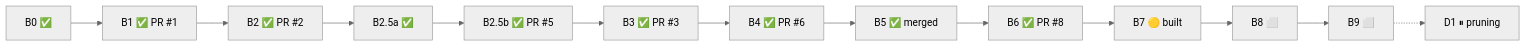
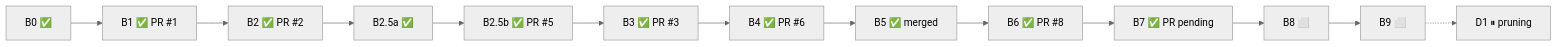
One commit to bhanot-99/NeuroPACA changed the diagram in memory.md. Above: the diagram before and after it, drawn with Mermaid (neutral theme). The commit also changed other lines of this file and 7 other files, not shown here.

````diff
--- a/memory.md
+++ b/memory.md
@@ -15,5 +15,5 @@
 ```mermaid
 flowchart LR
-    B0["B0 ✅"] --> B1["B1 ✅ PR #1"] --> B2["B2 ✅ PR #2"] --> B25a["B2.5a ✅"] --> B25b["B2.5b ✅ PR #5"] --> B3["B3 ✅ PR #3"] --> B4["B4 ✅ PR #6"] --> B5["B5 ✅ merged"] --> B6["B6 ✅ PR #8"] --> B7["B7 🟡 built"] --> B8["B8 ⬜"] --> B9["B9 ⬜"]
+    B0["B0 ✅"] --> B1["B1 ✅ PR #1"] --> B2["B2 ✅ PR #2"] --> B25a["B2.5a ✅"] --> B25b["B2.5b ✅ PR #5"] --> B3["B3 ✅ PR #3"] --> B4["B4 ✅ PR #6"] --> B5["B5 ✅ merged"] --> B6["B6 ✅ PR #8"] --> B7["B7 ✅ PR pending"] --> B8["B8 ⬜"] --> B9["B9 ⬜"]
     B9 -.-> D1["D1 ⏸ pruning"]
 ```
````
